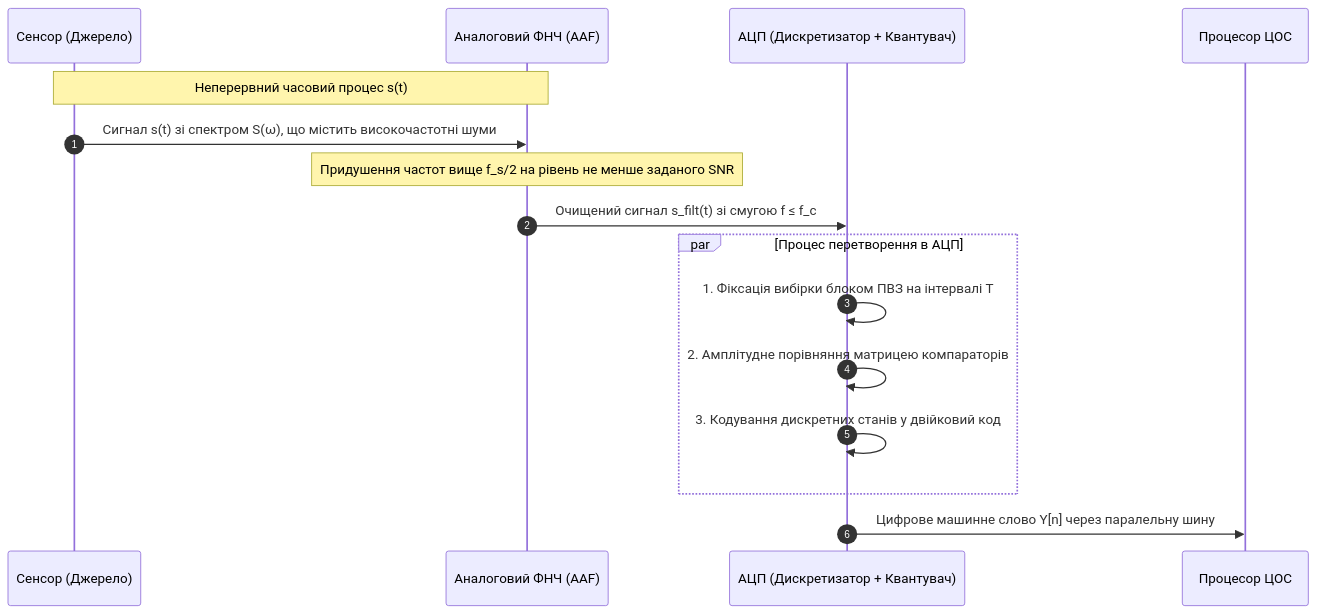
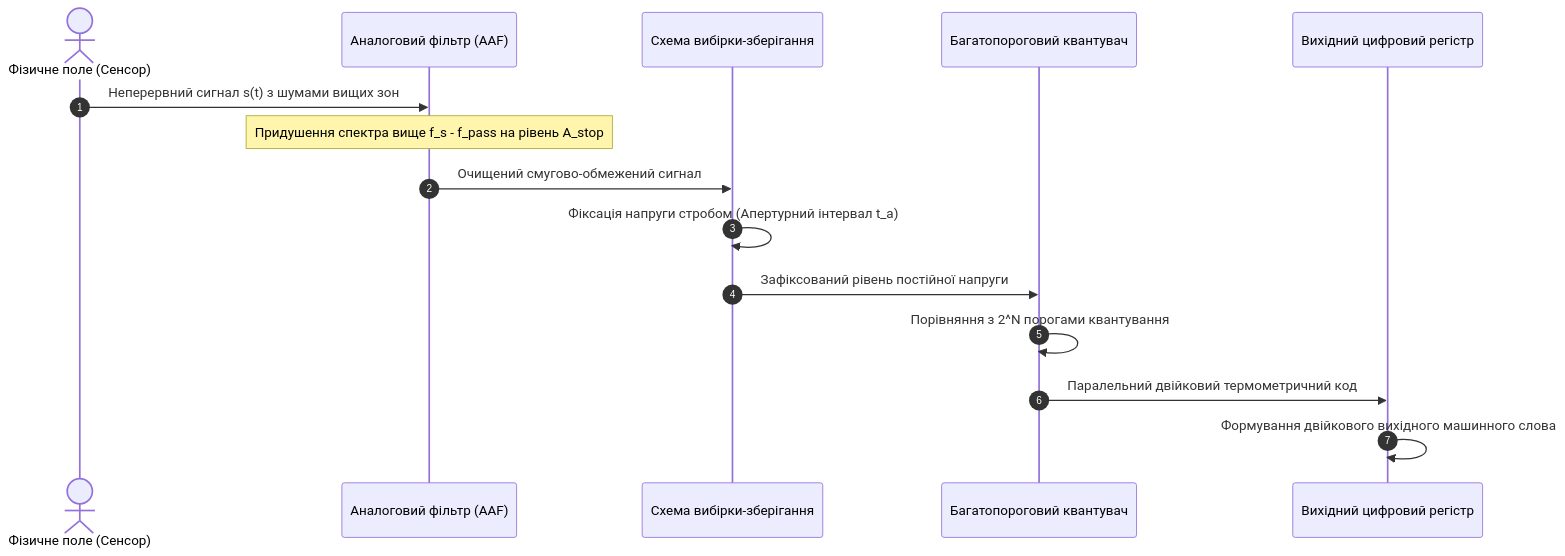
One commit to KyryloVadurin/signal-image-processing changed the third of 4 diagrams in docs/lk/lk1.md. Above: the diagram before and after it, drawn with Mermaid. The commit also changed other lines of this file, not shown here.

````diff
--- a/docs/lk/lk1.md
+++ b/docs/lk/lk1.md
@@ -448,19 +450,18 @@
 ```mermaid
 sequenceDiagram
     autonumber
-    participant Sensor as Сенсор (Джерело)
-    participant AAF as Аналоговий ФНЧ (AAF)
-    participant ADC as АЦП (Дискретизатор + Квантувач)
-    participant DSP as Процесор ЦОС
+    actor Field as Фізичне поле (Сенсор)
+    participant AAF as Аналоговий фільтр (AAF)
+    participant SH as Схема вибірки-зберігання
+    participant Quant as Багатопороговий квантувач
+    participant Reg as Вихідний цифровий регістр
 
-    Note over Sensor, AAF: Неперервний часовий процес s(t)
-    Sensor->>AAF: Сигнал s(t) зі спектром S(ω), що містить високочастотні шуми
-    Note over AAF: Придушення частот вище f_s/2 на рівень не менше заданого SNR
-    AAF->>ADC: Очищений сигнал s_filt(t) зі смугою f ≤ f_c
-    par Процес перетворення в АЦП
-        ADC->>ADC: 1. Фіксація вибірки блоком ПВЗ на інтервалі T
-        ADC->>ADC: 2. Амплітудне порівняння матрицею компараторів
-        ADC->>ADC: 3. Кодування дискретних станів у двійковий код
-    end
-    ADC->>DSP: Цифрове машинне слово Y[n] через паралельну шину
+    Field->>AAF: Неперервний сигнал s(t) з шумами вищих зон
+    Note over AAF: Придушення спектра вище f_s - f_pass на рівень A_stop
+    AAF->>SH: Очищений смугово-обмежений сигнал
+    SH->>SH: Фіксація напруги стробом (Апертурний інтервал t_a)
+    SH->>Quant: Зафіксований рівень постійної напруги
+    Quant->>Quant: Порівняння з 2^N порогами квантування
+    Quant->>Reg: Паралельний двійковий термометричний код
+    Reg->>Reg: Формування двійкового вихідного машинного слова
 ```
````
